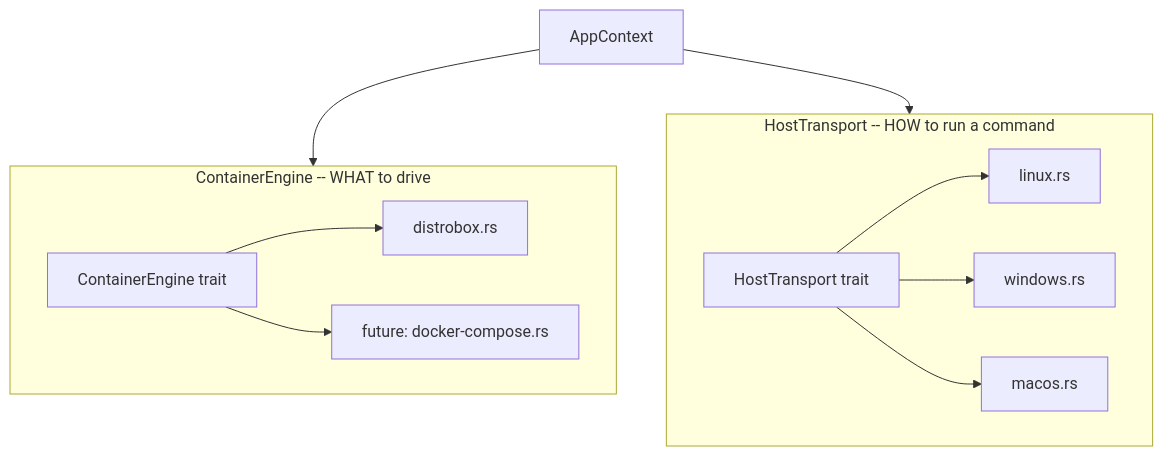
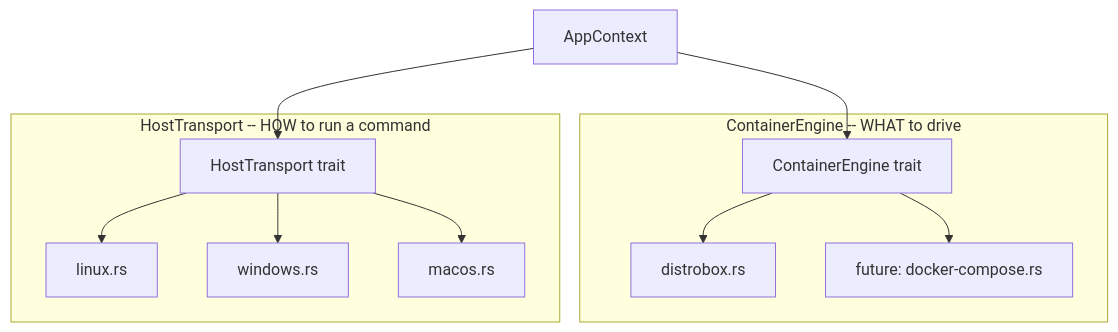
Before and after one commit to awasew/dev-box: the first of 6 diagrams in docs/architecture.md, drawn with Mermaid. The commit also changed other lines of this file, not shown here.

Commit message:
architecture docs implementation

````diff
--- a/docs/architecture.md
+++ b/docs/architecture.md
@@ -69,21 +69,22 @@
 ```mermaid
 flowchart TB
+    AppContext["AppContext"]
     subgraph engine_axis["ContainerEngine -- WHAT to drive"]
-        CE[ContainerEngine trait]
-        Distrobox[distrobox.rs]
-        FutureEngine[future: docker-compose.rs]
+        CE["ContainerEngine trait"]
+        Distrobox["distrobox.rs"]
+        FutureEngine["future: docker-compose.rs"]
         CE --> Distrobox
         CE --> FutureEngine
     end
     subgraph host_axis["HostTransport -- HOW to run a command"]
-        HT[HostTransport trait]
-        Linux[linux.rs]
-        Windows[windows.rs]
-        Macos[macos.rs]
+        HT["HostTransport trait"]
+        Linux["linux.rs"]
+        Windows["windows.rs"]
+        Macos["macos.rs"]
         HT --> Linux
         HT --> Windows
         HT --> Macos
     end
-    AppContext --> engine_axis
-    AppContext --> host_axis
+    AppContext --> CE
+    AppContext --> HT
 ```
````
